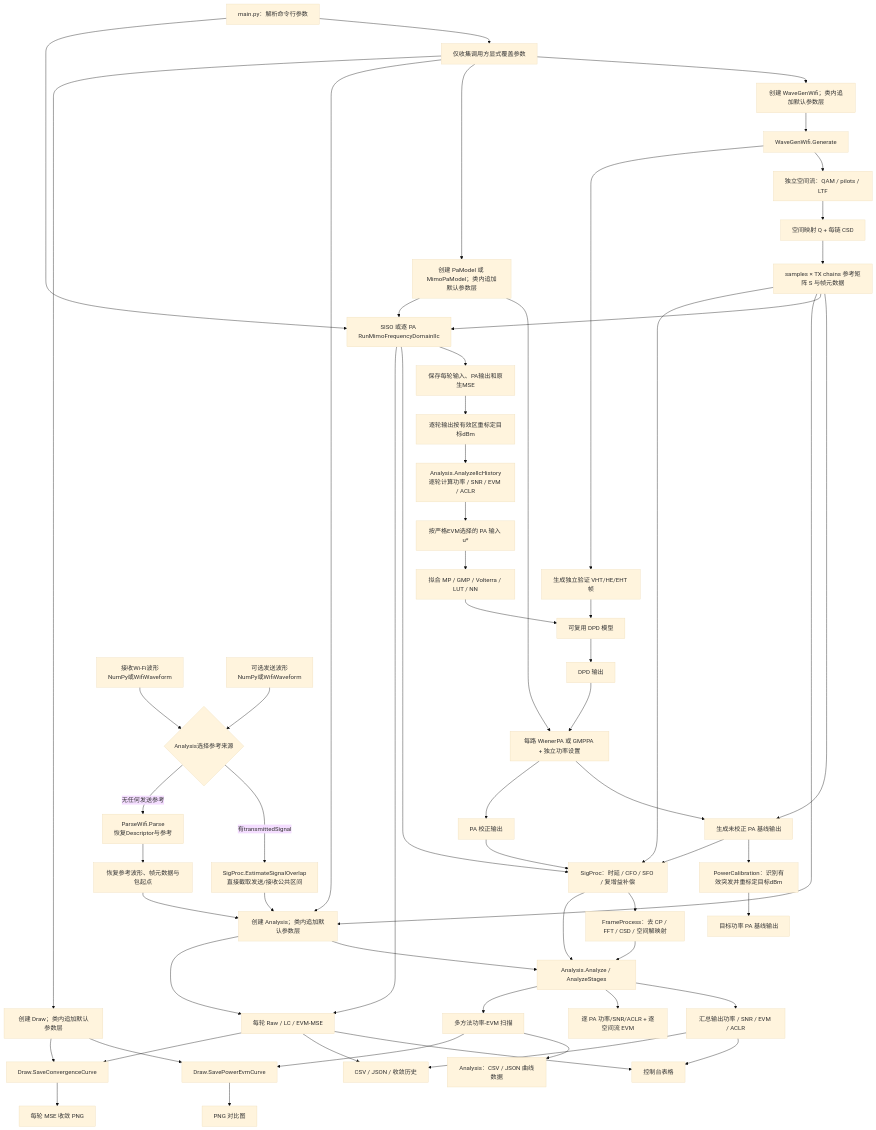
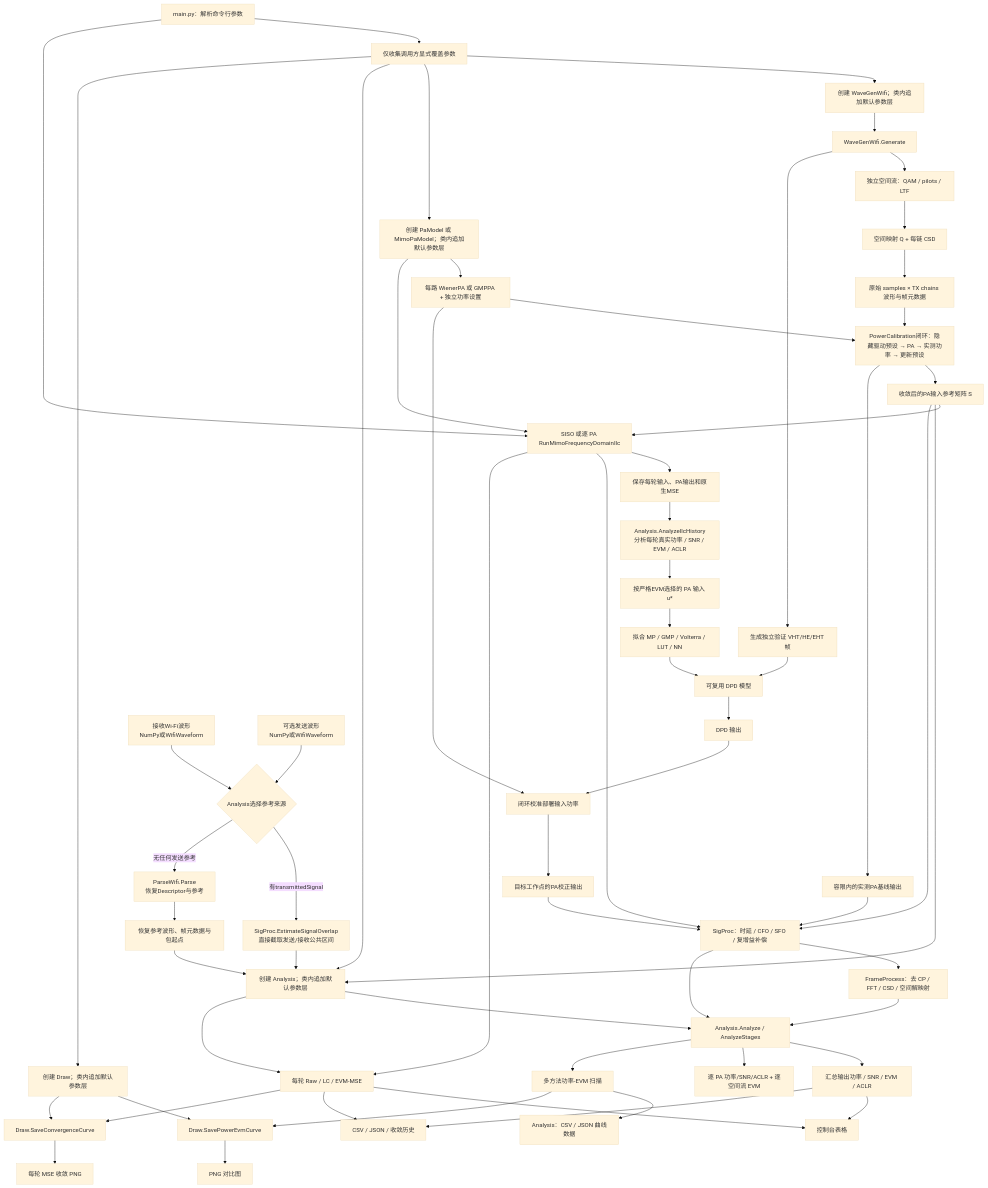
One commit to niyilu45/DPD_ILC changed the second of 15 diagrams in README.md. Above: the diagram before and after it, drawn with Mermaid (base theme). The commit also changed other lines of this file and 14 other files, not shown here.

Commit message:
Implement closed-loop PA power calibration

````diff
--- a/README.md
+++ b/README.md
@@ -139,69 +139,69 @@
 ```mermaid
 flowchart TD
     start["main.py：解析命令行参数"] --> overrideMap["仅收集调用方显式覆盖参数"]
     overrideMap --> wifiGenerator["创建 WaveGenWifi；类内追加默认参数层"]
     wifiGenerator --> waveGenWifi["WaveGenWifi.Generate"]
     waveGenWifi --> streams["独立空间流：QAM / pilots / LTF"]
     streams --> spatialMap["空间映射 Q + 每链 CSD"]
-    spatialMap --> reference["samples × TX chains 参考矩阵 S 与帧元数据"]
+    spatialMap --> rawReference["原始 samples × TX chains 波形与帧元数据"]
 
     overrideMap --> paModel["创建 PaModel 或 MimoPaModel；类内追加默认参数层"]
     paModel --> paImplementation["每路 WienerPA 或 GMPPA + 独立功率设置"]
-    reference --> baseline["生成未校正 PA 基线输出"]
-    paImplementation --> baseline
-    baseline --> powerCalibration["PowerCalibration：识别有效突发并重标定目标dBm"]
-    powerCalibration --> calibratedBaseline["目标功率 PA 基线输出"]
+    rawReference --> powerCalibration["PowerCalibration闭环：隐藏驱动预设 → PA → 实测功率 → 更新预设"]
+    paImplementation --> powerCalibration
+    powerCalibration --> reference["收敛后的PA输入参考矩阵 S"]
+    powerCalibration --> calibratedBaseline["容限内的实测PA基线输出"]
 
     start --> frequencyIlc["SISO 或逐 PA RunMimoFrequencyDomainIlc"]
     reference --> frequencyIlc
     paModel --> frequencyIlc
 
     frequencyIlc --> nativeHistory["保存每轮输入、PA输出和原生MSE"]
-    nativeHistory --> historyCalibration["逐轮输出按有效区重标定目标dBm"]
-    historyCalibration --> ilcAnalysis["Analysis.AnalyzeIlcHistory<br/>逐轮计算功率 / SNR / EVM / ACLR"]
+    nativeHistory --> ilcAnalysis["Analysis.AnalyzeIlcHistory<br/>分析每轮真实功率 / SNR / EVM / ACLR"]
     ilcAnalysis --> learnedInput["按严格EVM选择的 PA 输入 u*"]
     learnedInput --> deployFit["拟合 MP / GMP / Volterra / LUT / NN"]
     deployFit --> deployedDpd["可复用 DPD 模型"]
 
     waveGenWifi --> validation["生成独立验证 VHT/HE/EHT 帧"]
     validation --> deployedDpd
     deployedDpd --> predistortedInput["DPD 输出"]
-    predistortedInput --> paImplementation
-    paImplementation --> correctedOutput["PA 校正输出"]
+    predistortedInput --> deploymentCalibration["闭环校准部署输入功率"]
+    paImplementation --> deploymentCalibration
+    deploymentCalibration --> correctedOutput["目标工作点的PA校正输出"]
 
     receiveCapture["接收Wi-Fi波形<br/>NumPy或WifiWaveform"] --> analysisMode{"Analysis选择参考来源"}
     optionalTransmit["可选发送波形<br/>NumPy或WifiWaveform"] --> analysisMode
     analysisMode -->|有transmittedSignal| overlap["SigProc.EstimateSignalOverlap<br/>直接截取发送/接收公共区间"]
     analysisMode -->|无任何发送参考| parser["ParseWifi.Parse<br/>恢复Descriptor与参考"]
     overlap --> analysis
     parser --> parsedContext["恢复参考波形、帧元数据与包起点"]
     parsedContext --> analysis
 
     overrideMap --> analysis["创建 Analysis；类内追加默认参数层"]
     reference --> analysis
     reference --> sigProc["SigProc：时延 / CFO / SFO / 复增益补偿"]
-    baseline --> sigProc
+    calibratedBaseline --> sigProc
     frequencyIlc --> sigProc
     correctedOutput --> sigProc
     sigProc --> frameProcess["FrameProcess：去 CP / FFT / CSD / 空间解映射"]
     sigProc --> analysisMethod["Analysis.Analyze / AnalyzeStages"]
     frameProcess --> analysisMethod
     analysis --> analysisMethod
     analysisMethod --> metrics["汇总输出功率 / SNR / EVM / ACLR"]
     analysisMethod --> mimoMetrics["逐 PA 功率/SNR/ACLR + 逐空间流 EVM"]
     analysisMethod --> powerCurve["多方法功率-EVM 扫描"]
     metrics --> console["控制台表格"]
     metrics --> files["CSV / JSON / 收敛历史"]
     frequencyIlc --> iterationMse["每轮 Raw / LC / EVM-MSE"]
     analysis --> iterationMse
     iterationMse --> console
     iterationMse --> files
     powerCurve --> curveData["Analysis：CSV / JSON 曲线数据"]
     overrideMap --> draw["创建 Draw；类内追加默认参数层"]
     powerCurve --> drawMethod["Draw.SavePowerEvmCurve"]
     draw --> drawMethod
     drawMethod --> curveFigure["PNG 对比图"]
     iterationMse --> convergenceDraw["Draw.SaveConvergenceCurve"]
     draw --> convergenceDraw
     convergenceDraw --> convergenceFigure["每轮 MSE 收敛 PNG"]
 ```
````
